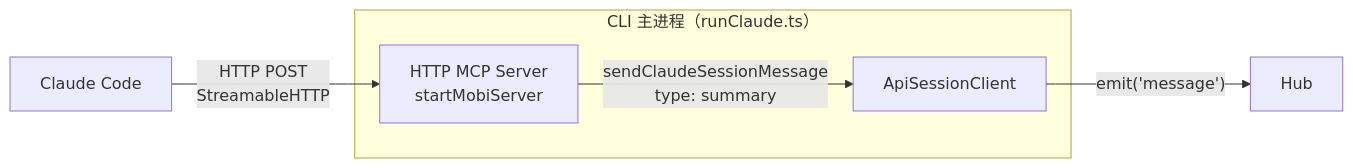
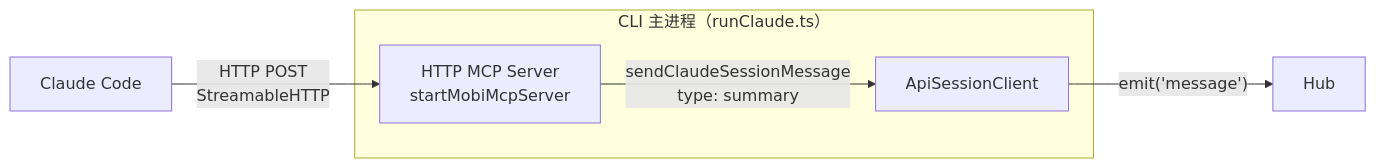
One commit to ModuBit/mobi changed the first of 4 diagrams in docs/architecture/cli/commands/mcp/README.md. Above: the diagram before and after it, drawn with Mermaid. The commit also changed other lines of this file and 56 other files, not shown here.

````diff
--- a/docs/architecture/cli/commands/mcp/README.md
+++ b/docs/architecture/cli/commands/mcp/README.md
@@ -11,11 +11,11 @@
 ```mermaid
 flowchart LR
-    Claude["Claude Code"] -->|"HTTP POST<br/>StreamableHTTP"| HTTP["HTTP MCP Server<br/>startMobiServer"]
+    Claude["Claude Code"] -->|"HTTP POST<br/>StreamableHTTP"| HTTP["HTTP MCP Server<br/>startMobiMcpServer"]
     HTTP -->|"sendClaudeSessionMessage<br/>type: summary"| Session["ApiSessionClient"]
     Session -->|"emit('message')"| Hub["Hub"]
 
     subgraph "CLI 主进程（runClaude.ts）"
         HTTP
         Session
     end
 ```
````
